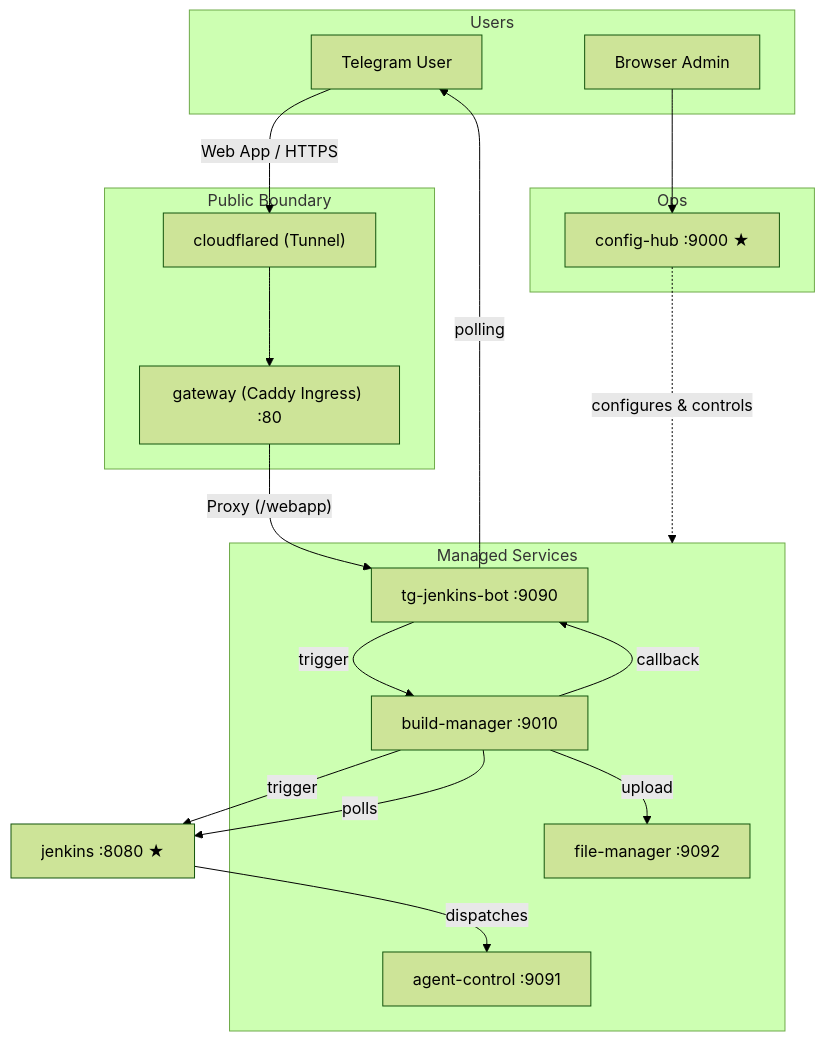
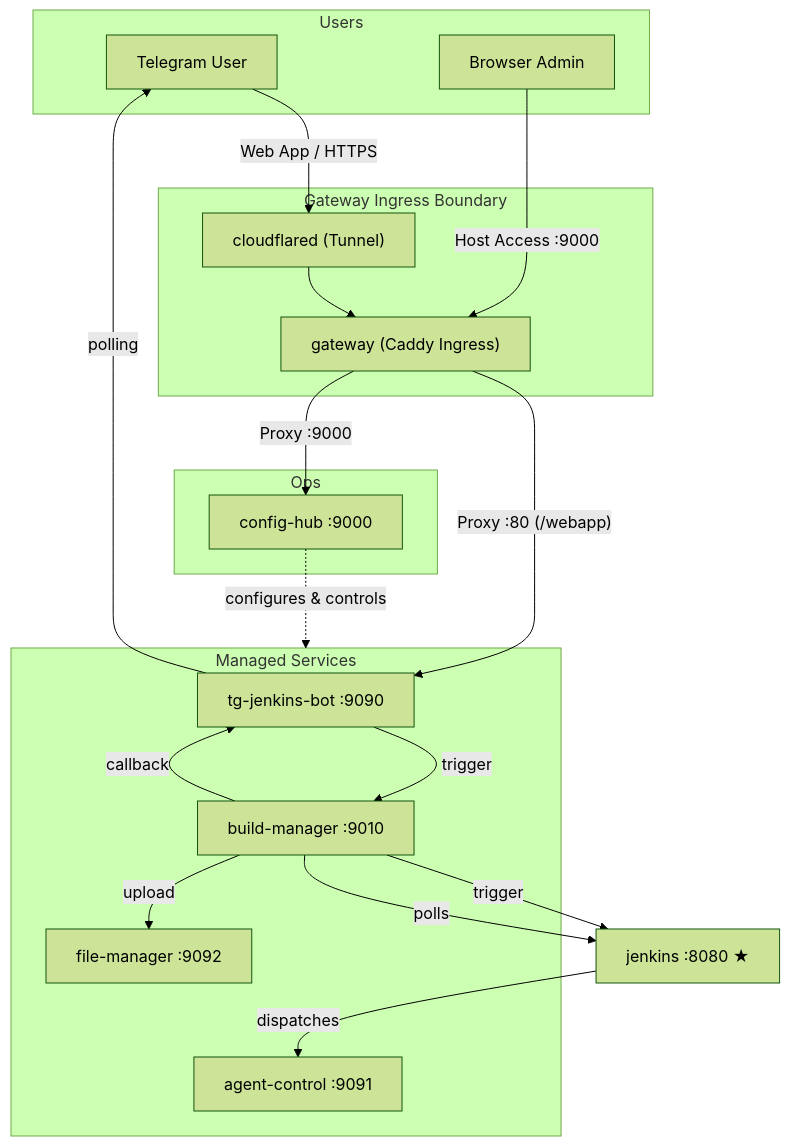
One commit to VinhNgT/jenkins-flutter-bot changed the diagram in .agents/rules/general-guide.md. Above: the diagram before and after it, drawn with Mermaid (forest theme). The commit also changed other lines of this file and 4 other files, not shown here.

````diff
--- a/.agents/rules/general-guide.md
+++ b/.agents/rules/general-guide.md
@@ -60,39 +36,40 @@
 ```mermaid
 graph TD
     subgraph users["Users"]
         TU["Telegram User"]
         BA["Browser Admin"]
     end
 
-    subgraph public["Public Boundary"]
+    subgraph public["Gateway Ingress Boundary"]
         CF["cloudflared (Tunnel)"]
-        GW["gateway (Caddy Ingress) :80"]
+        GW["gateway (Caddy Ingress)"]
     end
 
     subgraph ops["Ops"]
-        CH["config-hub :9000 ★"]
+        CH["config-hub :9000"]
     end
 
     subgraph managed["Managed Services"]
         BOT["tg-jenkins-bot :9090"]
         BM["build-manager :9010"]
         FM["file-manager :9092"]
         AGT["agent-control :9091"]
     end
 
     JNK["jenkins :8080 ★"]
 
     TU -- Web App / HTTPS --> CF
     CF --> GW
-    GW -- Proxy (/webapp) --> BOT
+    GW -- Proxy :80 (/webapp) --> BOT
     BOT -- polling --> TU
-    BA --> CH
+    BA -- Host Access :9000 --> GW
+    GW -- Proxy :9000 --> CH
     CH -. "configures & controls" .-> managed
 
     BOT -- trigger --> BM
     BM -- trigger --> JNK
     JNK -- dispatches --> AGT
     BM -- polls --> JNK
     BM -- upload --> FM
     BM -- callback --> BOT
 ```
````
